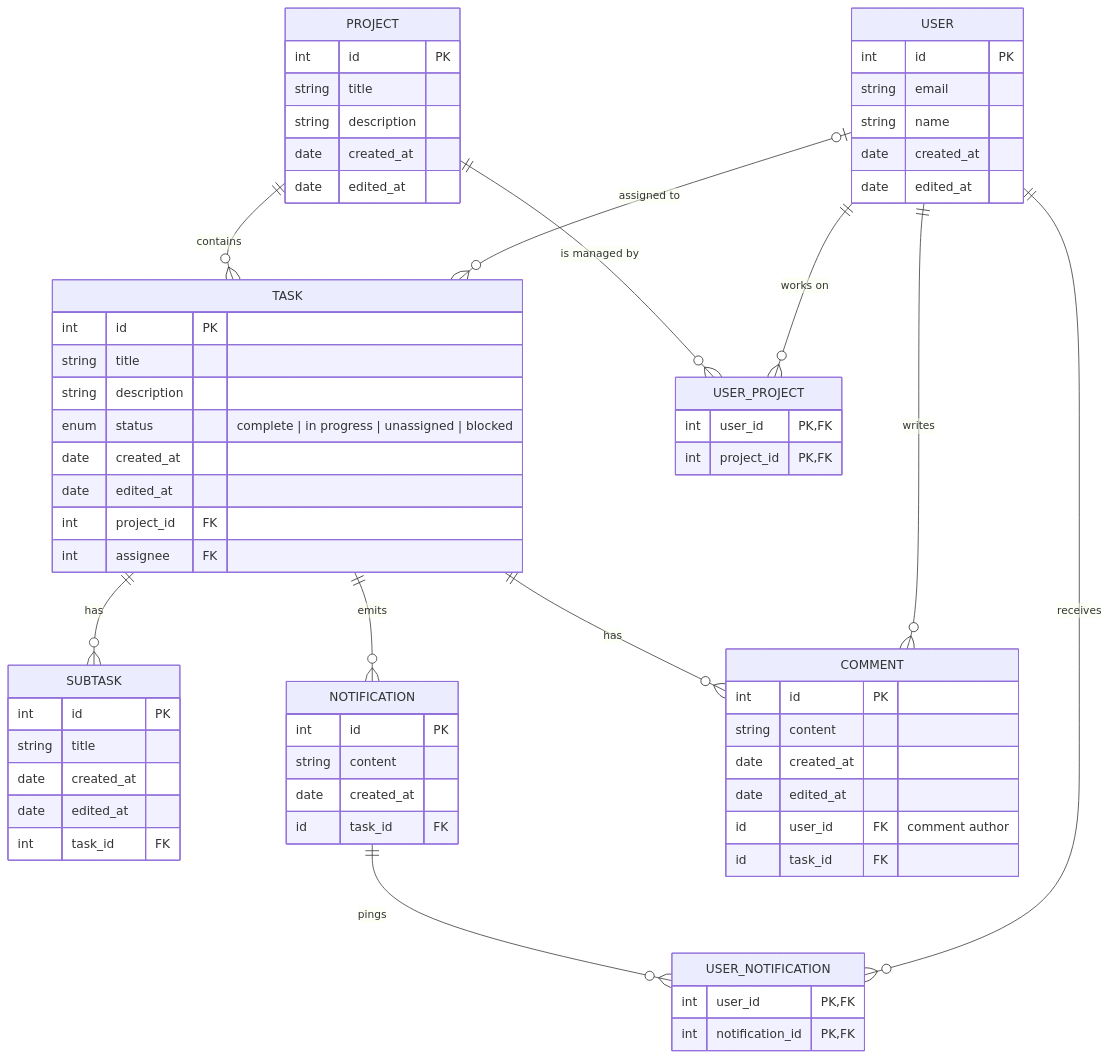
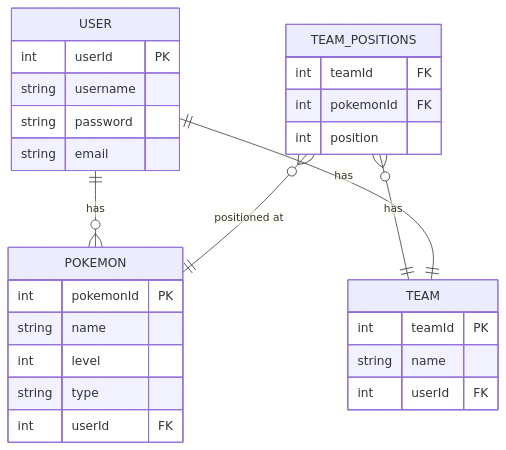
Before and after one commit to tjklint/PokePC: the diagram in erd.mermaid, drawn with Mermaid.

```diff
--- a/erd.mermaid
+++ b/erd.mermaid
@@ -1,72 +1,28 @@
 erDiagram
-    PROJECT ||--o{ TASK : contains
-    PROJECT ||--o{ USER_PROJECT : "is managed by"
-    USER |o--o{ TASK : "assigned to"
-    USER ||--o{ USER_PROJECT : "works on"
-    TASK ||--o{ SUBTASK : has
-    TASK ||--o{ NOTIFICATION: emits
-    TASK ||--o{ COMMENT: has
-    USER ||--o{ COMMENT: writes
-    NOTIFICATION ||--o{ USER_NOTIFICATION: pings
-    USER ||--o{ USER_NOTIFICATION: receives
-
-    USER_PROJECT {
-        int user_id PK, FK
-        int project_id PK, FK
+    USER ||--o{ POKEMON : "has"
+    TEAM_POSITIONS o{--|| TEAM: "has"
+    TEAM_POSITIONS o{--|| POKEMON: "positioned at"
+    USER||--|| TEAM:"has"
+    USER {
+        int userId PK
+        string username
+        string password
+        string email
     }
-
-    TASK {
-        int id PK
-        string title
-        string description
-        enum status "complete | in progress | unassigned | blocked"
-        date created_at
-        date edited_at
-        int project_id FK
-        int assignee FK
+    POKEMON {
+        int pokemonId PK
+        string name
+        int level
+        string type
+        int userId FK
     }
-
-    SUBTASK {
-        int id PK
-        string title
-        date created_at
-        date edited_at
-        int task_id FK
+    TEAM {
+        int teamId PK
+        string name
+        int userId FK
     }
-
-    PROJECT {
-        int id PK
-        string title
-        string description
-        date created_at
-        date edited_at
+    TEAM_POSITIONS {
+        int teamId FK
+        int pokemonId FK
+        int position
     }
-
-    USER {
-        int id PK
-        string email
-        string name
-        date created_at
-        date edited_at
-    }
-
-    COMMENT {
-        int id PK
-        string content
-        date created_at
-        date edited_at
-        id user_id FK "comment author"
-        id task_id FK
-    }
-
-    NOTIFICATION {
-        int id PK
-        string content
-        date created_at
-        id task_id FK
-    }
-
-    USER_NOTIFICATION {
-        int user_id PK, FK
-        int notification_id PK, FK
-    }
```
